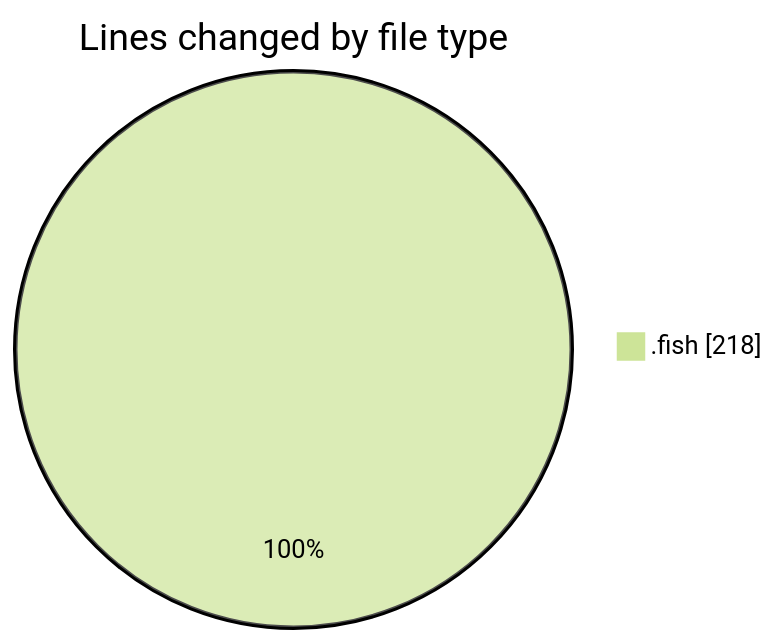
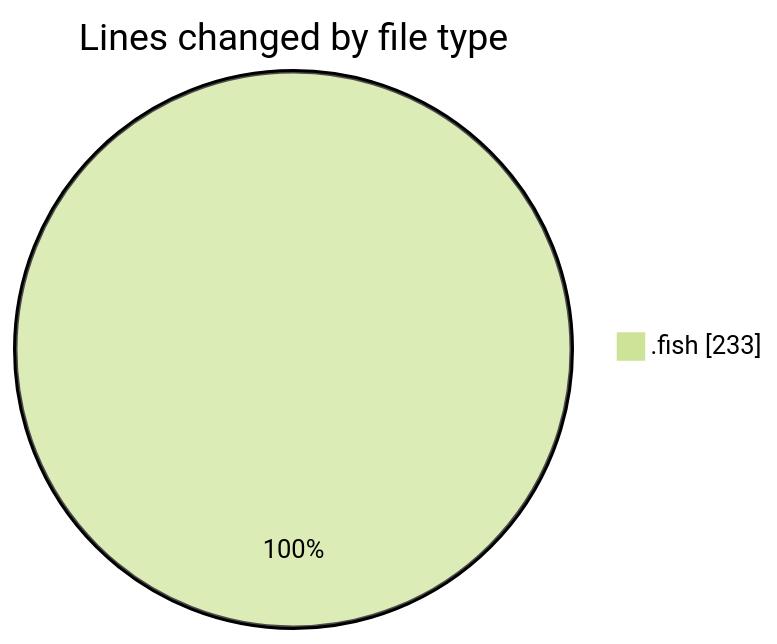
One commit to EIIisD/code-tracking changed the first of 2 diagrams in 2025-07-22/fish/README.md. Above: the diagram before and after it, drawn with Mermaid (forest theme). The commit also changed other lines of this file and 1 other file, not shown here.

````diff
--- a/2025-07-22/fish/README.md
+++ b/2025-07-22/fish/README.md
@@ -20,5 +20,5 @@
 ```mermaid
 pie showData
 title Lines changed by file type
-".fish" : 218
+".fish" : 233
 ```
````
